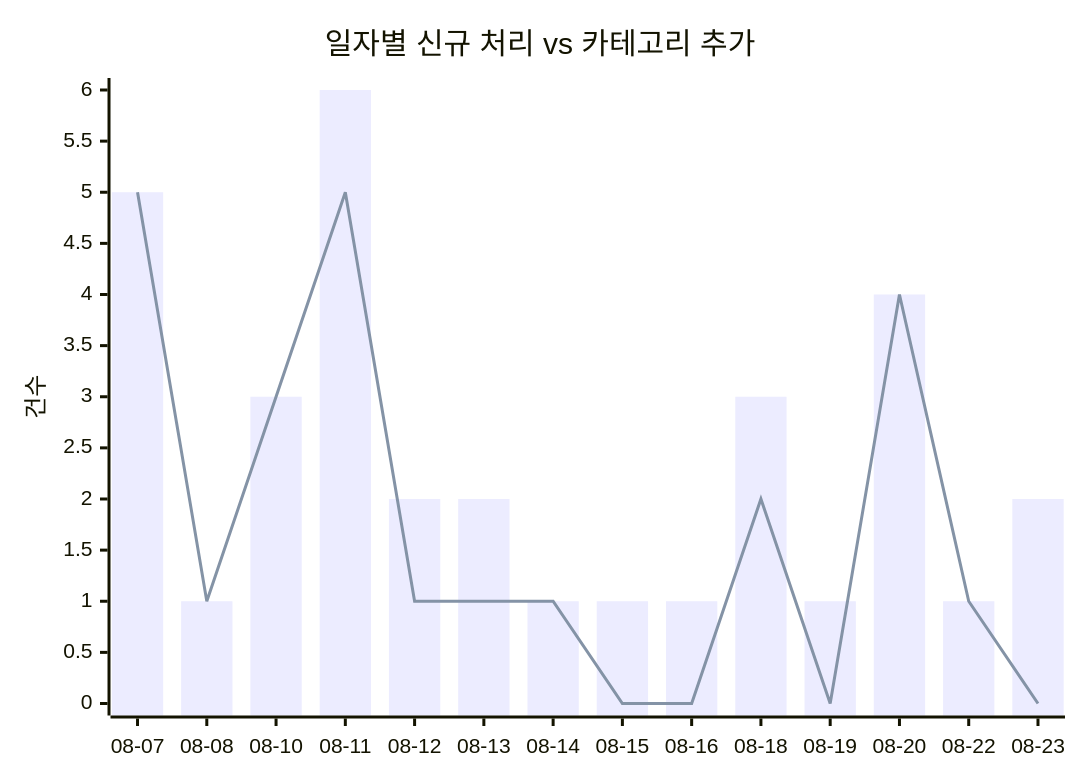
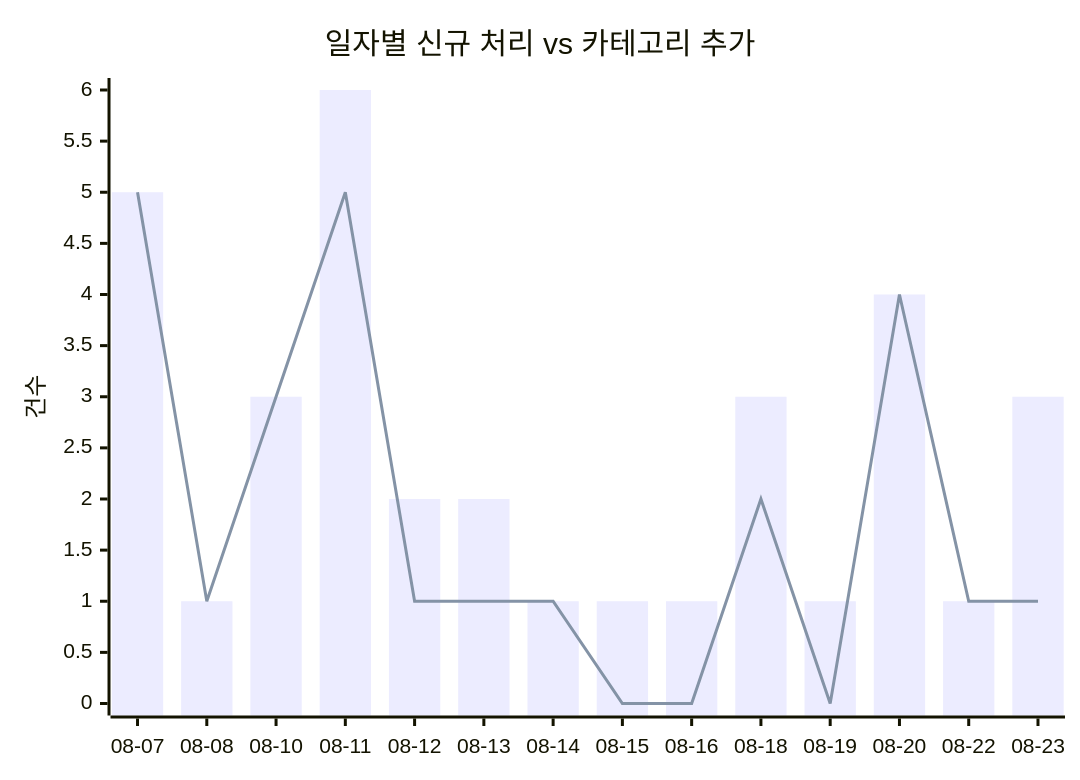
The first of 2 diagrams in docs/trends.md (J-nowcow/awesome-korean-agent-skills), drawn with Mermaid before and after one commit. The commit also changed other lines of this file and 3 other files, not shown here.

````diff
--- a/docs/trends.md
+++ b/docs/trends.md
@@ -32,8 +32,8 @@
 ```mermaid
 xychart-beta
     title "일자별 신규 처리 vs 카테고리 추가"
     x-axis ["08-07","08-08","08-10","08-11","08-12","08-13","08-14","08-15","08-16","08-18","08-19","08-20","08-22","08-23"]
     y-axis "건수"
-    bar [5,1,3,6,2,2,1,1,1,3,1,4,1,2]
-    line [5,1,3,5,1,1,1,0,0,2,0,4,1,0]
+    bar [5,1,3,6,2,2,1,1,1,3,1,4,1,3]
+    line [5,1,3,5,1,1,1,0,0,2,0,4,1,1]
 ```
````
